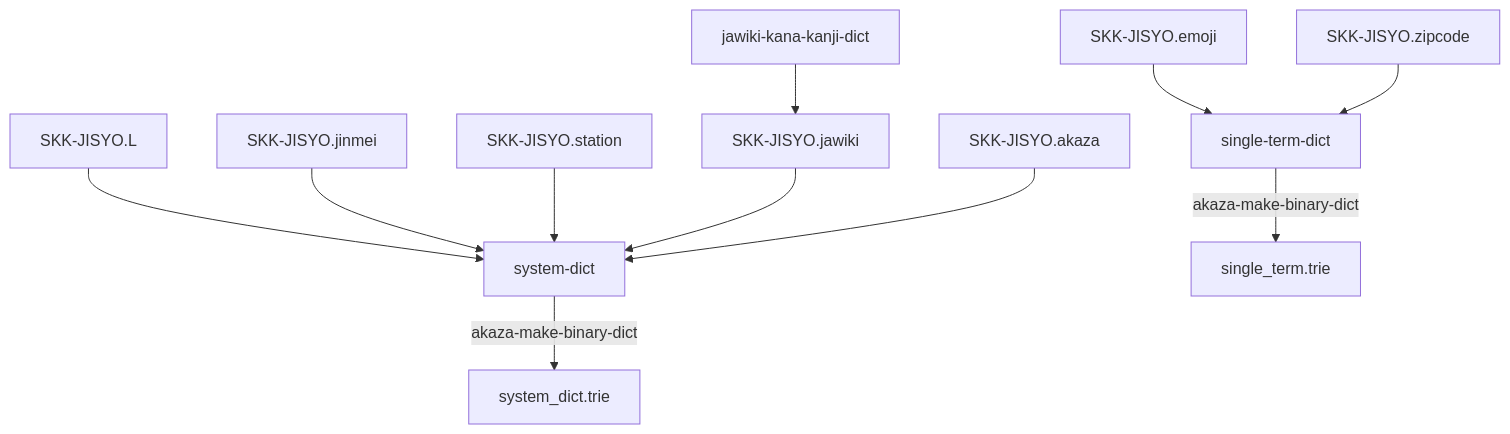
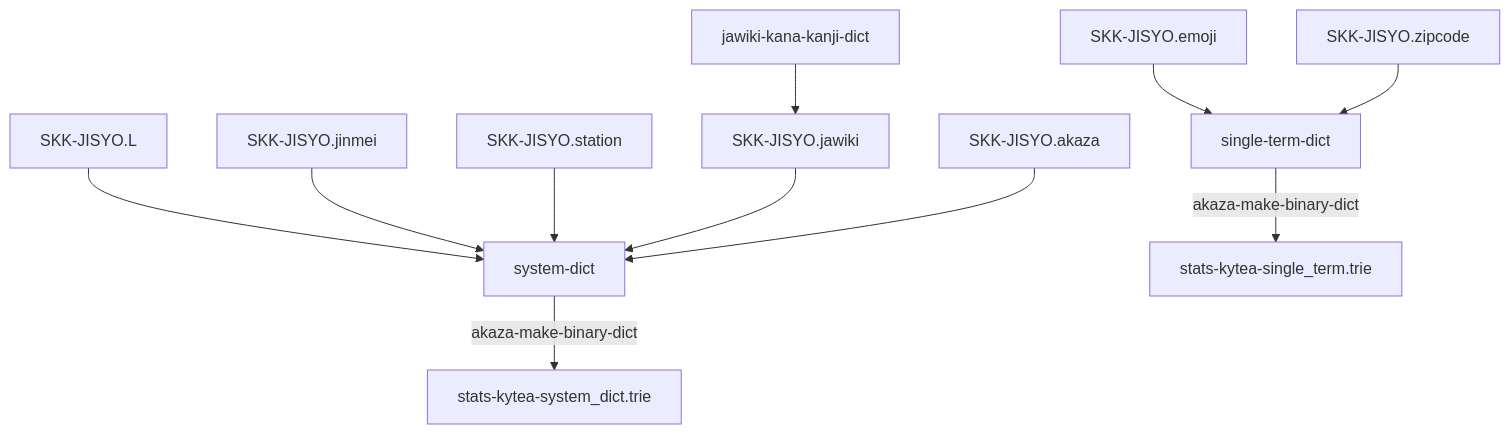
One commit to akaza-im/akaza changed the second of 2 diagrams in docs/data-flow.md. Above: the diagram before and after it, drawn with Mermaid. The commit also changed 8 other files, not shown here.

Commit message:
reame *.trie to stats-kytea-*. I will add the structured_perceptron-mecab-* files.

````diff
--- a/docs/data-flow.md
+++ b/docs/data-flow.md
@@ -39,13 +39,13 @@
 ```mermaid
 graph TD
     SKK-JISYO.L --> system-dict
     SKK-JISYO.jinmei --> system-dict
     SKK-JISYO.station --> system-dict
     jawiki-kana-kanji-dict --> SKK-JISYO.jawiki --> system-dict
     SKK-JISYO.akaza --> system-dict
-    system-dict -- akaza-make-binary-dict--> system_dict.trie
+    system-dict -- akaza-make-binary-dict--> stats-kytea-system_dict.trie
 
     SKK-JISYO.emoji --> single-term-dict
     SKK-JISYO.zipcode --> single-term-dict
-    single-term-dict -- akaza-make-binary-dict--> single_term.trie
+    single-term-dict -- akaza-make-binary-dict--> stats-kytea-single_term.trie
 ```
````
